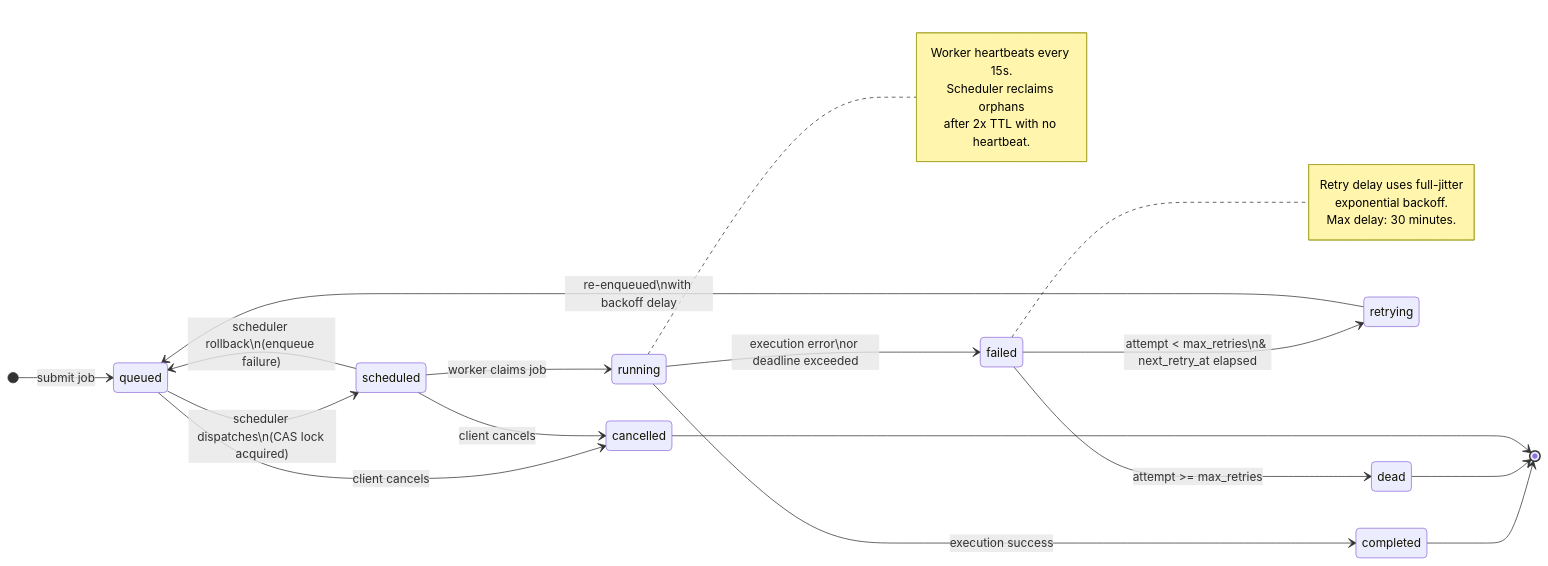
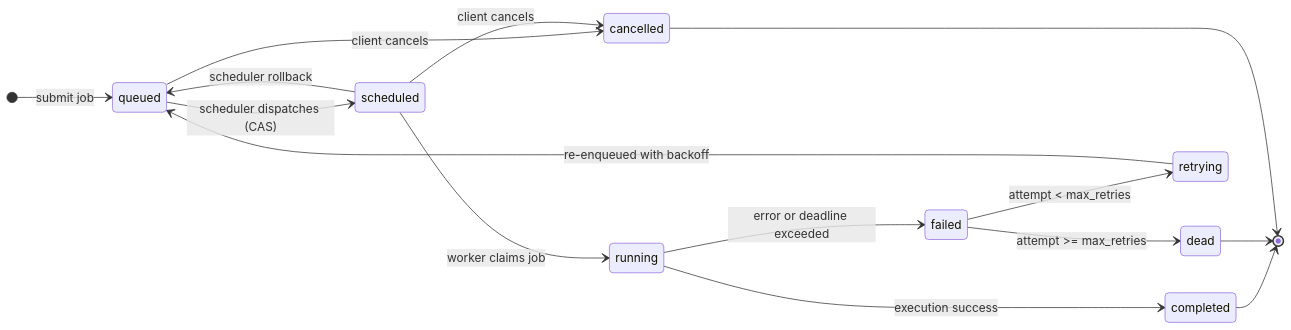
Before and after one commit to shreeharshshinde/orion: the second of 2 diagrams in README.md, drawn with Mermaid. The commit also changed other lines of this file, not shown here.

````diff
--- a/README.md
+++ b/README.md
@@ -113,37 +137,18 @@
 ```mermaid
 stateDiagram-v2
     direction LR
-
     [*] --> queued : submit job
-
-    queued --> scheduled : scheduler dispatches\n(CAS lock acquired)
+    queued --> scheduled : scheduler dispatches (CAS)
     queued --> cancelled : client cancels
-
     scheduled --> running : worker claims job
-    scheduled --> queued : scheduler rollback\n(enqueue failure)
+    scheduled --> queued : scheduler rollback
     scheduled --> cancelled : client cancels
-
     running --> completed : execution success
-    running --> failed : execution error\nor deadline exceeded
-
-    failed --> retrying : attempt < max_retries\n& next_retry_at elapsed
+    running --> failed : error or deadline exceeded
+    failed --> retrying : attempt < max_retries
     failed --> dead : attempt >= max_retries
-
-    retrying --> queued : re-enqueued\nwith backoff delay
-
+    retrying --> queued : re-enqueued with backoff
     completed --> [*]
     dead --> [*]
     cancelled --> [*]
-
-    note right of running
-        Worker heartbeats every 15s.
-        Scheduler reclaims orphans
-        after 2x TTL with no heartbeat.
-    end note
-
-    note right of failed
-        Retry delay uses full-jitter
-        exponential backoff.
-        Max delay: 30 minutes.
-    end note
 ```
````
